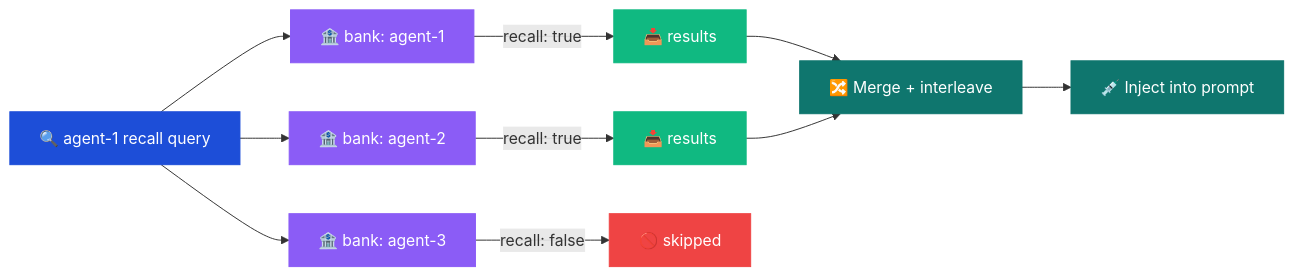
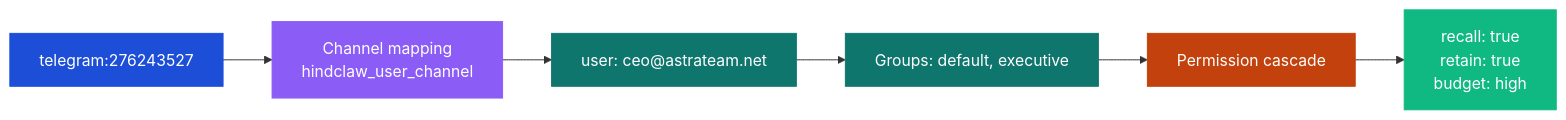
The third of 7 diagrams in README.md (mrkhachaturov/hindclaw), drawn with Mermaid before and after one commit. The commit also changed other lines of this file and 8 other files, not shown here.

First line of the commit message:
docs: update docs for server-side architecture and Terraform provider

````diff
--- a/README.md
+++ b/README.md
@@ -113,22 +111,15 @@
 ```mermaid
 graph LR
-    Q["🔍 agent-1 recall query"] --> B1["🏦 bank: agent-1"]
-    Q --> B2["🏦 bank: agent-2"]
-    Q --> B3["🏦 bank: agent-3"]
-    B1 -->|recall: true| R1["📥 results"]
-    B2 -->|recall: true| R2["📥 results"]
-    B3 -->|recall: false| SKIP["🚫 skipped"]
-    R1 --> MERGE["🔀 Merge + interleave"]
-    R2 --> MERGE
-    MERGE --> INJECT["💉 Inject into prompt"]
+    SENDER["telegram:276243527"] --> LOOKUP["Channel mapping<br/>hindclaw_user_channel"]
+    LOOKUP --> USER["user: ceo@astrateam.net"]
+    USER --> GROUPS["Groups: default, executive"]
+    GROUPS --> PERMS["Permission cascade"]
+    PERMS --> RESOLVED["recall: true<br/>retain: true<br/>budget: high"]
 
-    style Q fill:#1d4ed8,color:#fff,stroke:#1d4ed8
-    style B1 fill:#8b5cf6,color:#fff,stroke:#8b5cf6
-    style B2 fill:#8b5cf6,color:#fff,stroke:#8b5cf6
-    style B3 fill:#8b5cf6,color:#fff,stroke:#8b5cf6
-    style R1 fill:#10b981,color:#fff,stroke:#10b981
-    style R2 fill:#10b981,color:#fff,stroke:#10b981
-    style SKIP fill:#ef4444,color:#fff,stroke:#ef4444
-    style MERGE fill:#0f766e,color:#fff,stroke:#0f766e
-    style INJECT fill:#0f766e,color:#fff,stroke:#0f766e
+    style SENDER fill:#1d4ed8,color:#fff,stroke:#1d4ed8
+    style LOOKUP fill:#8b5cf6,color:#fff,stroke:#8b5cf6
+    style USER fill:#0f766e,color:#fff,stroke:#0f766e
+    style GROUPS fill:#0f766e,color:#fff,stroke:#0f766e
+    style PERMS fill:#c2410c,color:#fff,stroke:#c2410c
+    style RESOLVED fill:#10b981,color:#fff,stroke:#10b981
 ```
````
